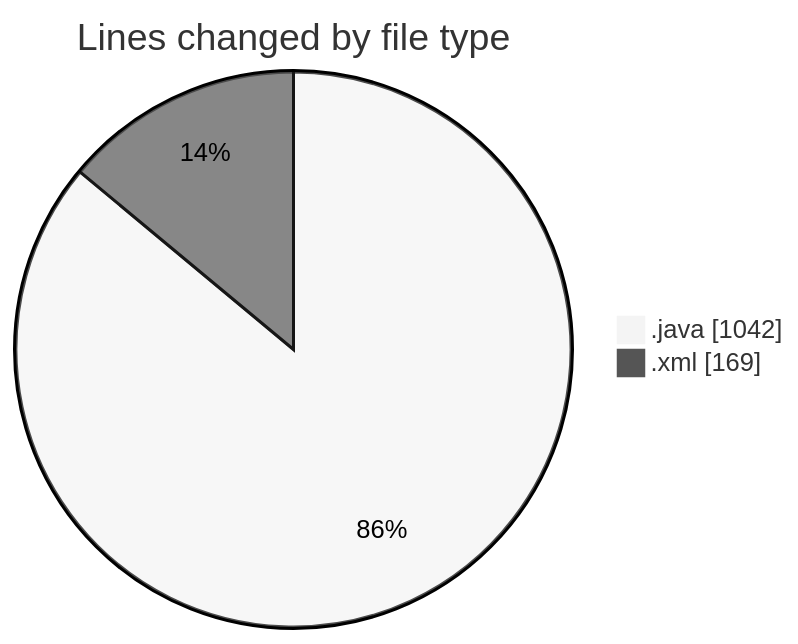
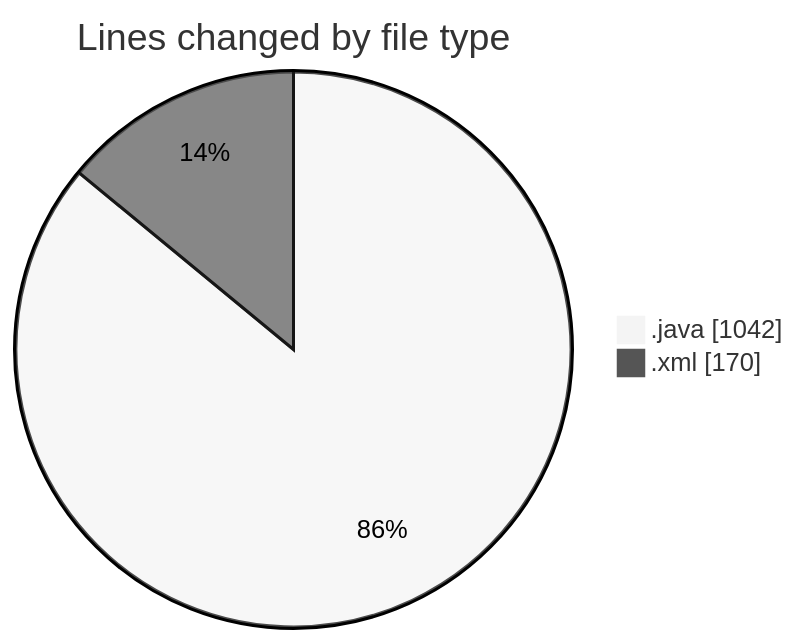
The first of 2 diagrams in 2026-09-23/cilapp/README.md (ricardozamudiocil/code-tracking), drawn with Mermaid (neutral theme) before and after one commit. The commit also changed other lines of this file and 1 other file, not shown here.

````diff
--- a/2026-09-23/cilapp/README.md
+++ b/2026-09-23/cilapp/README.md
@@ -21,6 +21,6 @@
 ```mermaid
 pie showData
 title Lines changed by file type
 ".java" : 1042
-".xml" : 169
+".xml" : 170
 ```
````
